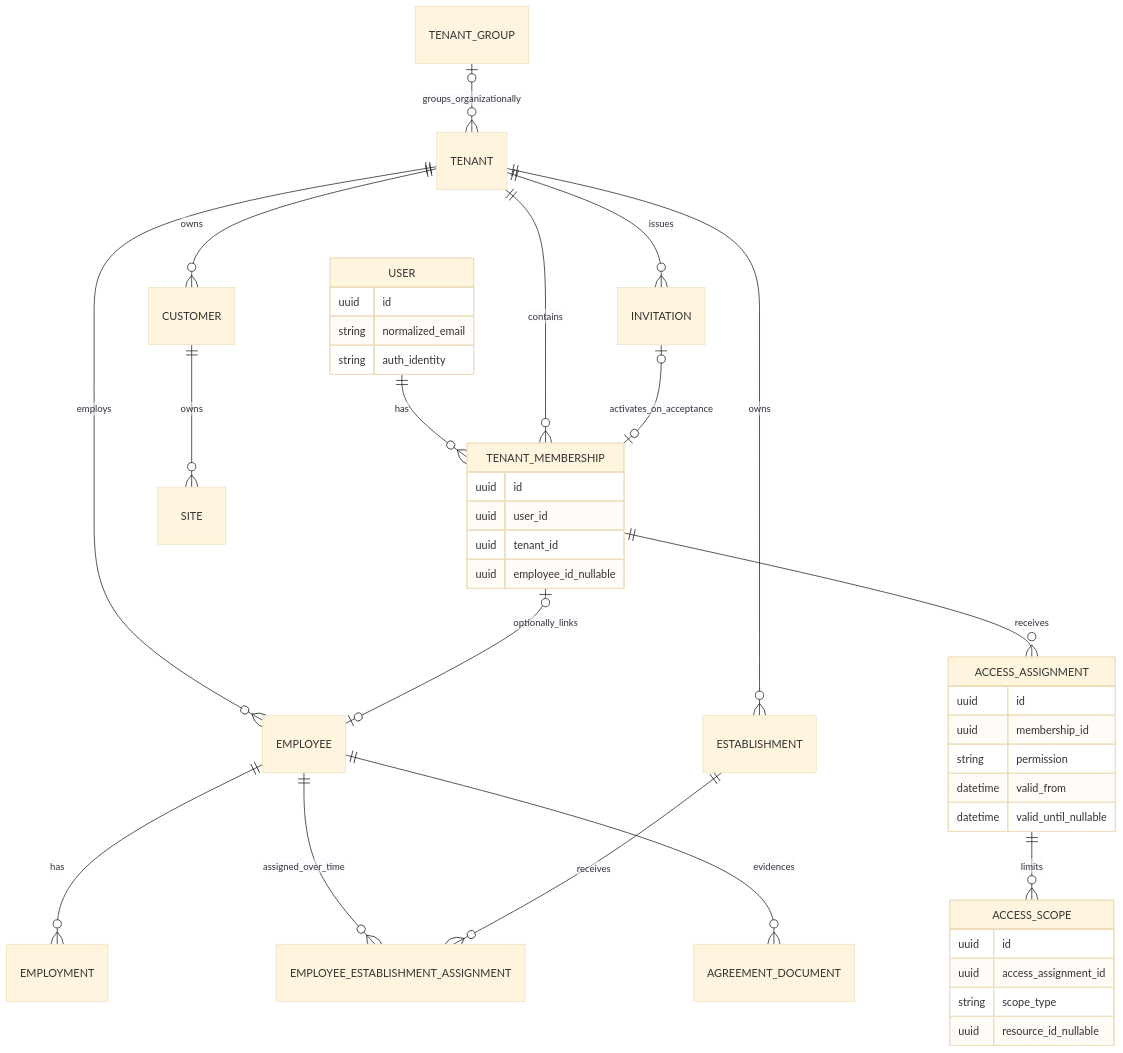
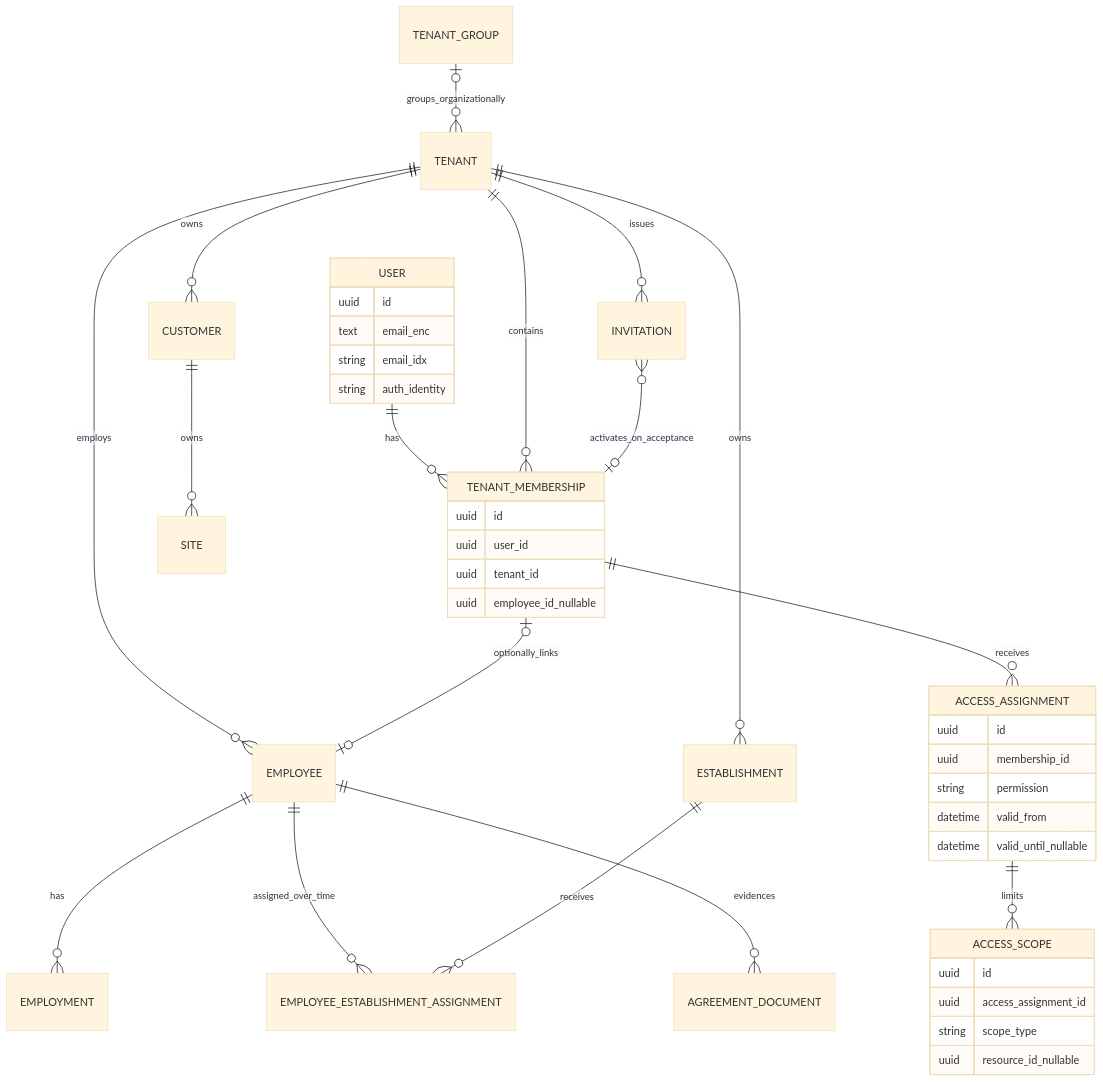
One commit to SecPal/api changed the first of 4 diagrams in docs/architecture/ADR-tenant-identity-access-model.md. Above: the diagram before and after it, drawn with Mermaid (base theme). The commit also changed other lines of this file, not shown here.

````diff
--- a/docs/architecture/ADR-tenant-identity-access-model.md
+++ b/docs/architecture/ADR-tenant-identity-access-model.md
@@ -93,43 +97,44 @@
 ```mermaid
 erDiagram
     USER ||--o{ TENANT_MEMBERSHIP : has
     TENANT ||--o{ TENANT_MEMBERSHIP : contains
     TENANT_GROUP o|--o{ TENANT : groups_organizationally
     TENANT ||--o{ ESTABLISHMENT : owns
     TENANT ||--o{ EMPLOYEE : employs
     TENANT_MEMBERSHIP o|--o| EMPLOYEE : optionally_links
     EMPLOYEE ||--o{ EMPLOYMENT : has
     EMPLOYEE ||--o{ EMPLOYEE_ESTABLISHMENT_ASSIGNMENT : assigned_over_time
     ESTABLISHMENT ||--o{ EMPLOYEE_ESTABLISHMENT_ASSIGNMENT : receives
     EMPLOYEE ||--o{ AGREEMENT_DOCUMENT : evidences
     TENANT_MEMBERSHIP ||--o{ ACCESS_ASSIGNMENT : receives
     ACCESS_ASSIGNMENT ||--o{ ACCESS_SCOPE : limits
     TENANT ||--o{ CUSTOMER : owns
     CUSTOMER ||--o{ SITE : owns
     TENANT ||--o{ INVITATION : issues
-    INVITATION o|--o| TENANT_MEMBERSHIP : activates_on_acceptance
+    INVITATION }o--o| TENANT_MEMBERSHIP : activates_on_acceptance
     USER {
       uuid id
-      string normalized_email
+      text email_enc
+      string email_idx
       string auth_identity
     }
     TENANT_MEMBERSHIP {
       uuid id
       uuid user_id
       uuid tenant_id
       uuid employee_id_nullable
     }
     ACCESS_ASSIGNMENT {
       uuid id
       uuid membership_id
       string permission
       datetime valid_from
       datetime valid_until_nullable
     }
     ACCESS_SCOPE {
       uuid id
       uuid access_assignment_id
       string scope_type
       uuid resource_id_nullable
     }
 ```
````
